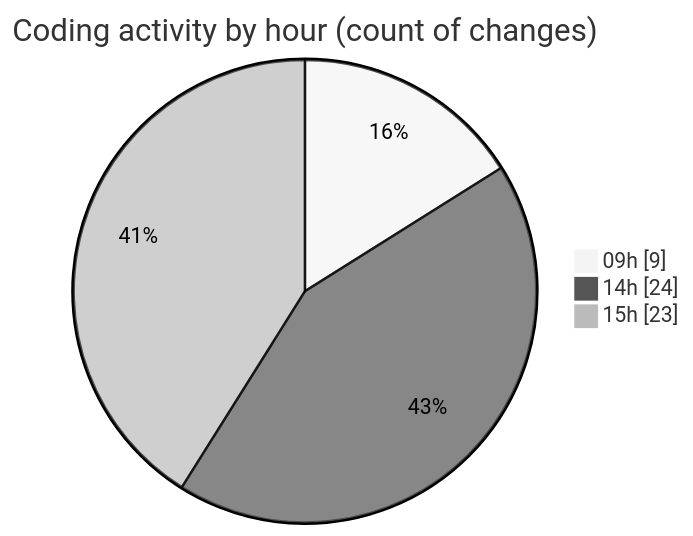
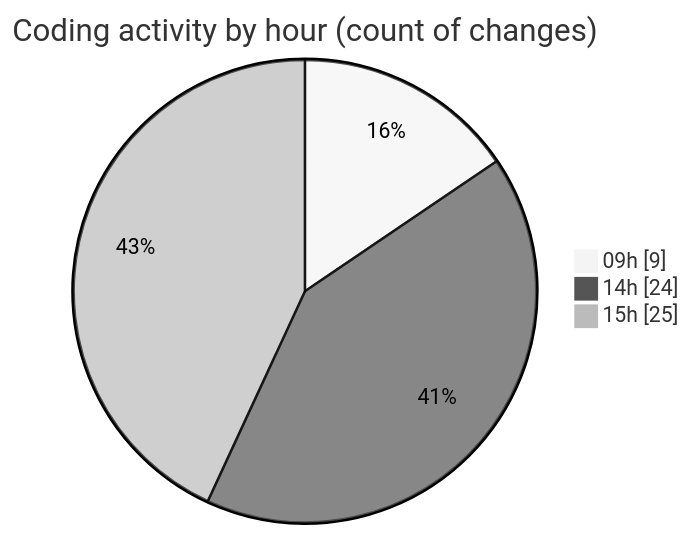
The second of 2 diagrams in 2025-11-25/eventscop-frontend-guide__workspace_/README.md (julien-gomy/code-tracking), drawn with Mermaid (neutral theme) before and after one commit. The commit also changed other lines of this file and 1 other file, not shown here.

````diff
--- a/2025-11-25/eventscop-frontend-guide__workspace_/README.md
+++ b/2025-11-25/eventscop-frontend-guide__workspace_/README.md
@@ -44,7 +44,7 @@
 ```mermaid
 pie showData
 title Coding activity by hour (count of changes)
 "09h" : 9
 "14h" : 24
-"15h" : 23
+"15h" : 25
 ```
````
